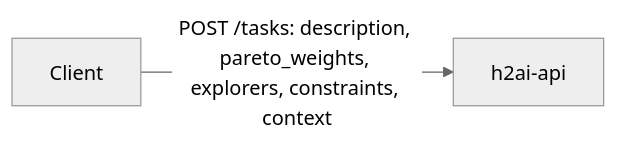
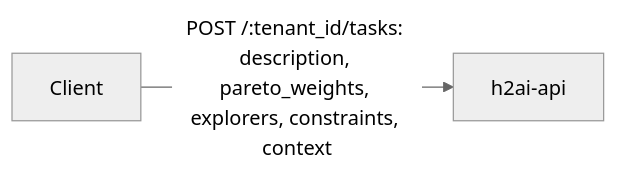
The ninth of 19 diagrams in docs/architecture/architecture.md (immediatus/h2ai-control-plane), drawn with Mermaid (neutral theme) before and after one commit. The commit also changed other lines of this file and 120 other files, not shown here.

````diff
--- a/docs/architecture/architecture.md
+++ b/docs/architecture/architecture.md
@@ -545,4 +581,4 @@
 ```mermaid
 flowchart LR
-    C[Client] -->|"POST /tasks: description, pareto_weights, explorers, constraints, context"| A[h2ai-api]
+    C[Client] -->|"POST /:tenant_id/tasks: description, pareto_weights, explorers, constraints, context"| A[h2ai-api]
 ```
````
